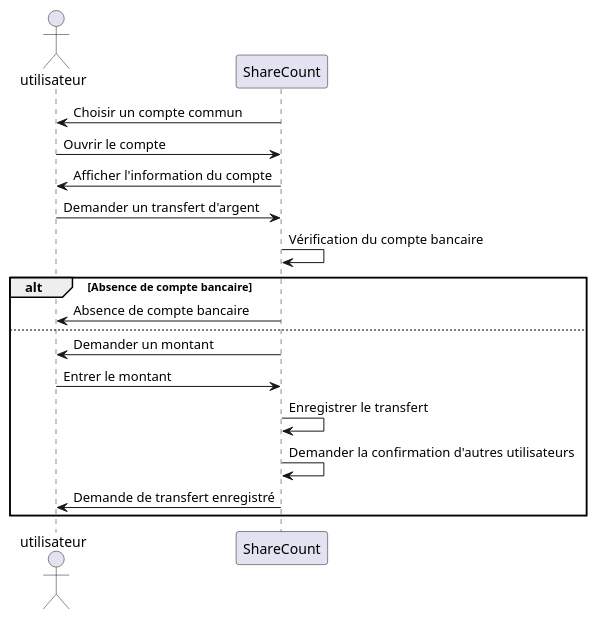
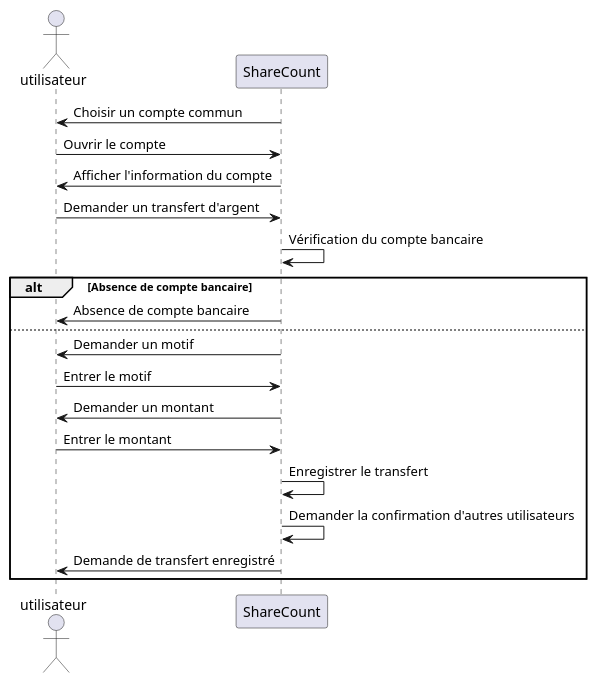
The diagram in diagrammes/specification/sequence/transferer-de-l'argent.puml (lmtb06/sharecount), drawn with PlantUML before and after one commit. The commit also changed 4 other files, not shown here.

Commit message:
Modification des diagrammes 7-10

```diff
--- a/diagrammes/specification/sequence/transferer-de-l'argent.puml
+++ b/diagrammes/specification/sequence/transferer-de-l'argent.puml
@@ -1,24 +1,26 @@
 @startuml  Transférer de l'argent sur son compte
 
 actor utilisateur as u
 participant ShareCount as sc
 
 sc -> u : Choisir un compte commun
 u -> sc : Ouvrir le compte
 sc -> u : Afficher l'information du compte
 u -> sc : Demander un transfert d'argent
 sc -> sc : Vérification du compte bancaire
 
 alt Absence de compte bancaire
 sc -> u : Absence de compte bancaire
 else
 
+sc -> u : Demander un motif
+u -> sc : Entrer le motif
 sc -> u : Demander un montant
 u -> sc : Entrer le montant
 sc -> sc : Enregistrer le transfert
 sc -> sc : Demander la confirmation d'autres utilisateurs
 sc -> u : Demande de transfert enregistré
 
 end
 
 @enduml
```
